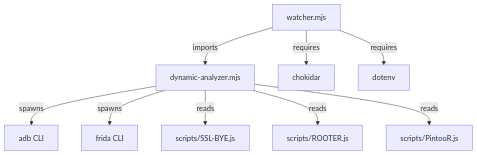
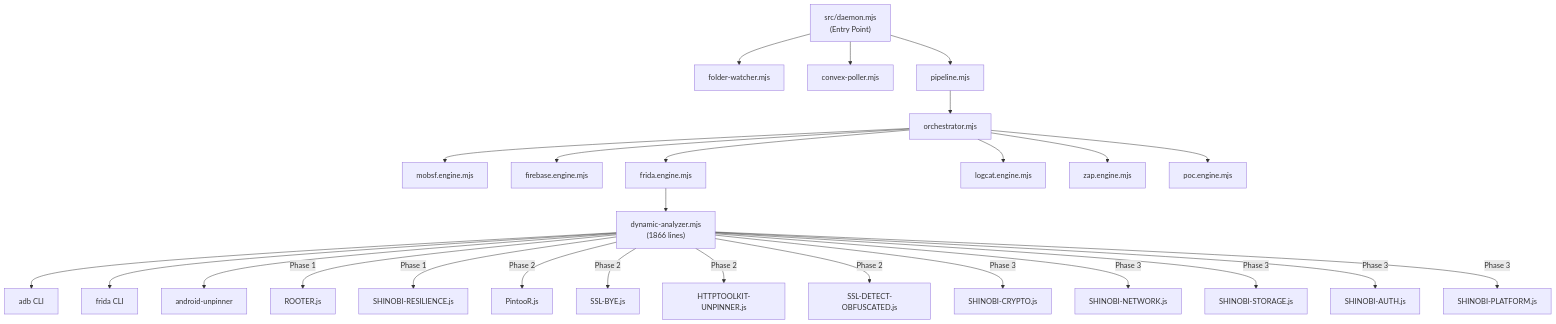
The second of 6 diagrams in ARCHITECTURE.md (chaitanyacyb3r/WORMHOLE-SHINODROID), drawn with Mermaid before and after one commit. The commit also changed other lines of this file, not shown here.

Commit message:
Rewrite ARCHITECTURE.md to match current codebase (11 scripts, 8 engines, physical device support)

````diff
--- a/ARCHITECTURE.md
+++ b/ARCHITECTURE.md
@@ -175,11 +207,31 @@
 ```mermaid
 graph TD
-    W[watcher.mjs] -->|imports| DA[dynamic-analyzer.mjs]
-    W -->|requires| CHK[chokidar]
-    W -->|requires| DOT[dotenv]
-    DA -->|spawns| ADB[adb CLI]
-    DA -->|spawns| FRIDA[frida CLI]
-    DA -->|reads| S1[scripts/SSL-BYE.js]
-    DA -->|reads| S2[scripts/ROOTER.js]
-    DA -->|reads| S3[scripts/PintooR.js]
+    DAEMON["src/daemon.mjs<br>(Entry Point)"] --> FW[folder-watcher.mjs]
+    DAEMON --> CP[convex-poller.mjs]
+    DAEMON --> PIPE[pipeline.mjs]
+    
+    PIPE --> ORCH[orchestrator.mjs]
+    ORCH --> ME[mobsf.engine.mjs]
+    ORCH --> FE[firebase.engine.mjs]
+    ORCH --> FRE[frida.engine.mjs]
+    ORCH --> LE[logcat.engine.mjs]
+    ORCH --> ZE[zap.engine.mjs]
+    ORCH --> PE[poc.engine.mjs]
+    
+    FRE --> DA["dynamic-analyzer.mjs<br>(1866 lines)"]
+    DA --> ADB[adb CLI]
+    DA --> FRIDA[frida CLI]
+    DA --> UNPIN[android-unpinner]
+    
+    DA -->|Phase 1| S1[ROOTER.js]
+    DA -->|Phase 1| S2[SHINOBI-RESILIENCE.js]
+    DA -->|Phase 2| S3[PintooR.js]
+    DA -->|Phase 2| S4[SSL-BYE.js]
+    DA -->|Phase 2| S5[HTTPTOOLKIT-UNPINNER.js]
+    DA -->|Phase 2| S6[SSL-DETECT-OBFUSCATED.js]
+    DA -->|Phase 3| S7[SHINOBI-CRYPTO.js]
+    DA -->|Phase 3| S8[SHINOBI-NETWORK.js]
+    DA -->|Phase 3| S9[SHINOBI-STORAGE.js]
+    DA -->|Phase 3| S10[SHINOBI-AUTH.js]
+    DA -->|Phase 3| S11[SHINOBI-PLATFORM.js]
 ```
````
